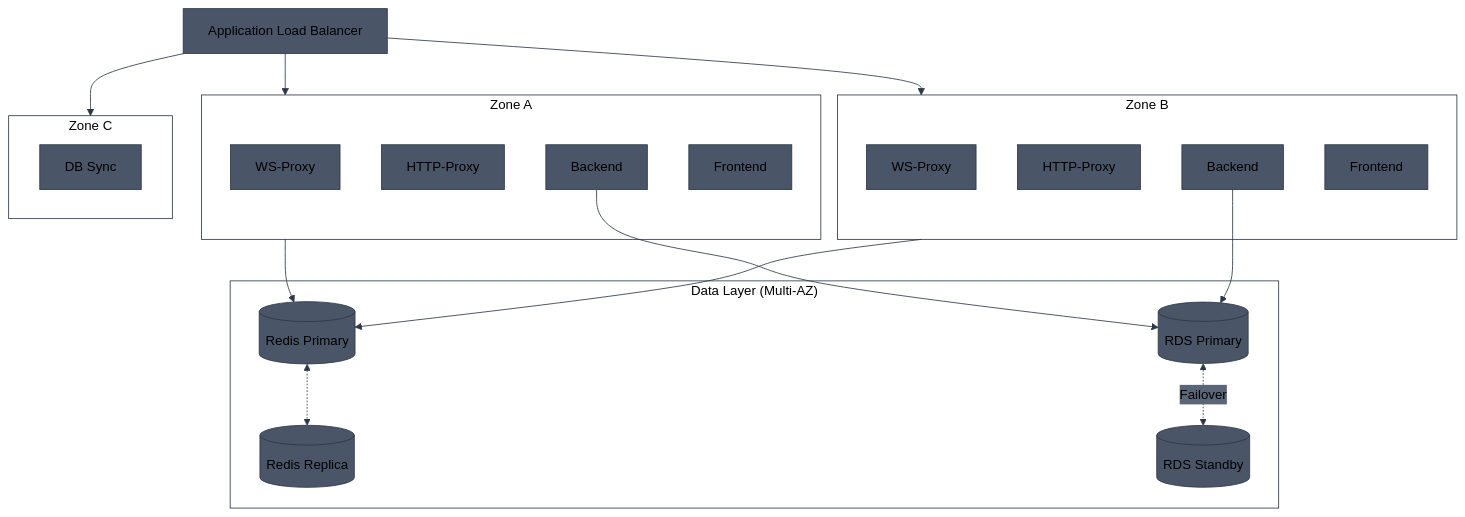
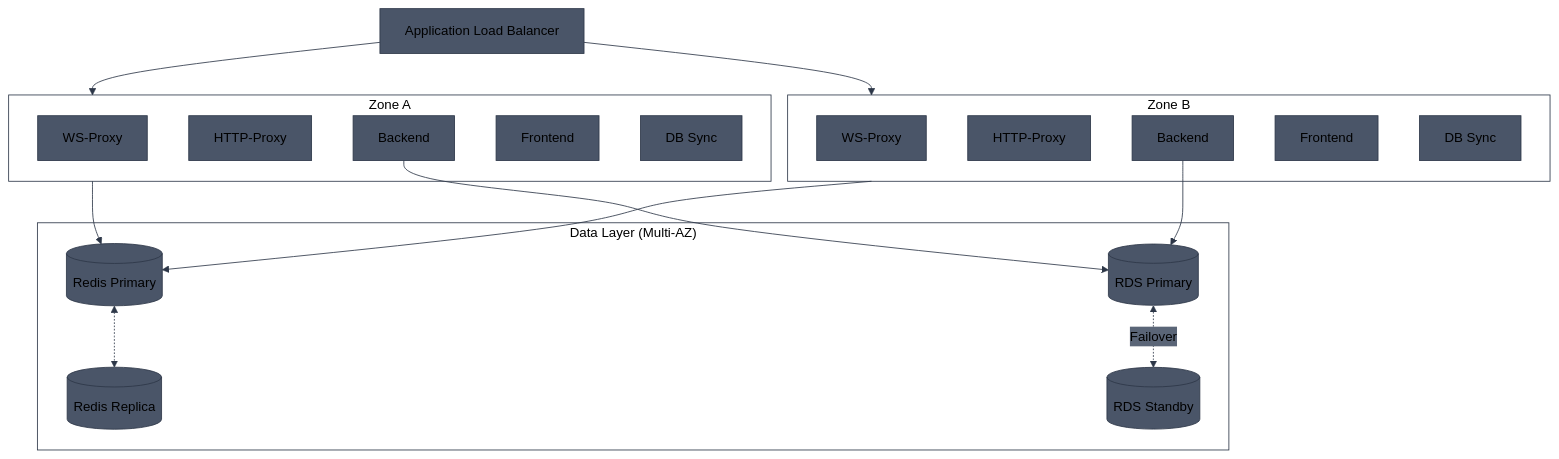
One commit to aldea-ai/infrastructure-docs changed the fourth of 8 diagrams in diagrams/ecs-architecture.md. Above: the diagram before and after it, drawn with Mermaid. The commit also changed other lines of this file, not shown here.

Commit message:
Simplify to 2 AZs, distribute DB Sync across both zones

````diff
--- a/diagrams/ecs-architecture.md
+++ b/diagrams/ecs-architecture.md
@@ -143,36 +135,34 @@
 ```mermaid
 %%{init: {'theme': 'base', 'themeVariables': { 'primaryColor': '#4a5568', 'primaryTextColor': '#000', 'primaryBorderColor': '#2d3748', 'lineColor': '#2d3748', 'secondaryColor': '#5a6577', 'tertiaryColor': '#6b7280', 'clusterBkg': 'transparent', 'clusterBorder': '#2d3748', 'titleColor': '#000'}}}%%
 flowchart TB
     LB[Application Load Balancer]
 
     subgraph AZ_A["Zone A"]
         WS_A[WS-Proxy]
         HTTP_A[HTTP-Proxy]
         BE_A[Backend]
         FE_A[Frontend]
+        SQS_A[DB Sync]
     end
 
     subgraph AZ_B["Zone B"]
         WS_B[WS-Proxy]
         HTTP_B[HTTP-Proxy]
         BE_B[Backend]
         FE_B[Frontend]
-    end
-
-    subgraph AZ_C["Zone C"]
-        SQS_C[DB Sync]
+        SQS_B[DB Sync]
     end
 
     subgraph Data["Data Layer (Multi-AZ)"]
         REDIS_P[(Redis Primary)]
         REDIS_R[(Redis Replica)]
         RDS_P[(RDS Primary)]
         RDS_S[(RDS Standby)]
     end
 
-    LB --> AZ_A & AZ_B & AZ_C
+    LB --> AZ_A & AZ_B
     AZ_A & AZ_B --> REDIS_P
     REDIS_P <-.-> REDIS_R
     BE_A & BE_B --> RDS_P
     RDS_P <-.->|Failover| RDS_S
 ```
````
